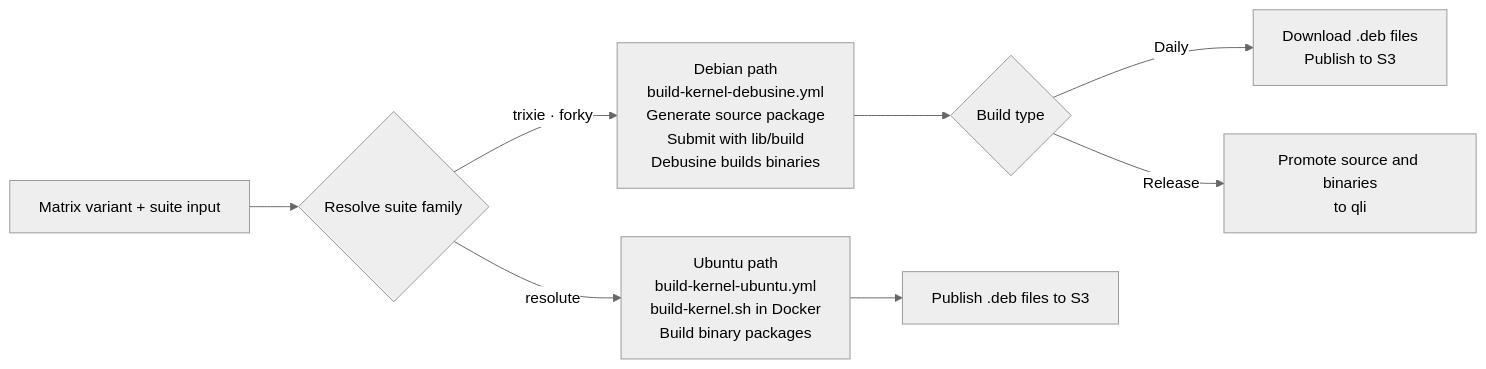
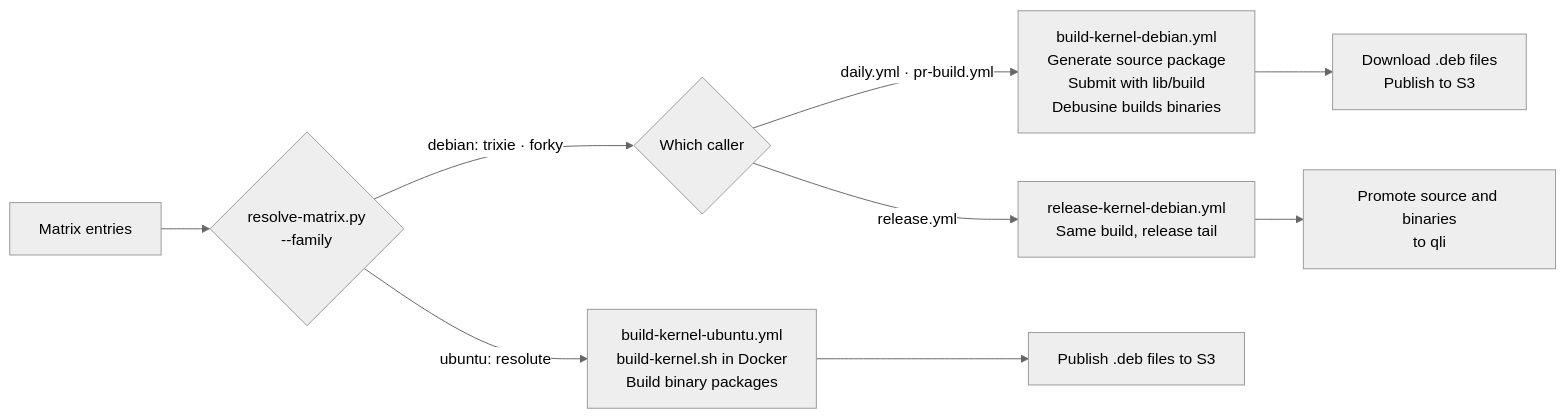
Before and after one commit to qualcomm-linux/pkg-linux-qcom: the first of 6 diagrams in README.md, drawn with Mermaid (neutral theme). The commit also changed other lines of this file and 10 other files, not shown here.

````diff
--- a/README.md
+++ b/README.md
@@ -280,12 +306,14 @@
 ```mermaid
 flowchart LR
-    IN["Matrix variant + suite input"] --> R{"Resolve suite family"}
+    IN["Matrix entries"] --> R{"resolve-matrix.py\n--family"}
 
-    R -->|"trixie · forky"| DEB["Debian path\nbuild-kernel-debusine.yml\nGenerate source package\nSubmit with lib/build\nDebusine builds binaries"]
-    R -->|"resolute"| UBU["Ubuntu path\nbuild-kernel-ubuntu.yml\nbuild-kernel.sh in Docker\nBuild binary packages"]
+    R -->|"debian: trixie · forky"| DT{"Which caller"}
+    R -->|"ubuntu: resolute"| UBU["build-kernel-ubuntu.yml\nbuild-kernel.sh in Docker\nBuild binary packages"]
 
-    DEB --> DOUT{"Build type"}
-    DOUT -->|Daily| S3["Download .deb files\nPublish to S3"]
-    DOUT -->|Release| QLI["Promote source and binaries\nto qli"]
+    DT -->|"daily.yml · pr-build.yml"| DEB["build-kernel-debian.yml\nGenerate source package\nSubmit with lib/build\nDebusine builds binaries"]
+    DT -->|"release.yml"| REL["release-kernel-debian.yml\nSame build, release tail"]
+
+    DEB --> S3["Download .deb files\nPublish to S3"]
+    REL --> QLI["Promote source and binaries\nto qli"]
     UBU --> US3["Publish .deb files to S3"]
 ```
````
